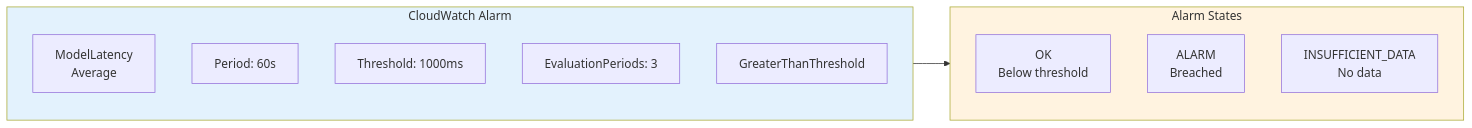
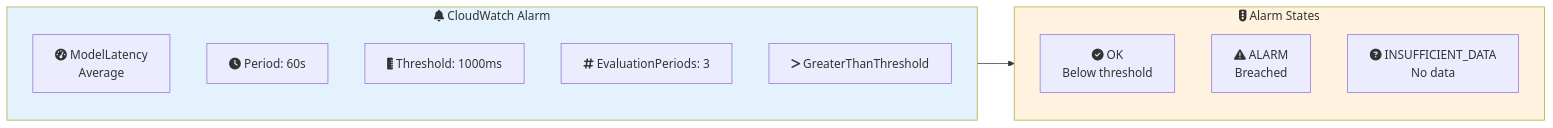
The second of 4 diagrams in aws-ml-associate-prep/16-cloudwatch-alerts/LAB.md (vinu76jsr/aws-sample-projects), drawn with Mermaid before and after one commit. The commit also changed other lines of this file and 15 other files, not shown here.

First line of the commit message:
Add Font Awesome icons to all Mermaid diagrams

````diff
--- a/aws-ml-associate-prep/16-cloudwatch-alerts/LAB.md
+++ b/aws-ml-associate-prep/16-cloudwatch-alerts/LAB.md
@@ -57,21 +57,21 @@
 ```mermaid
 flowchart LR
-    subgraph Alarm["CloudWatch Alarm"]
-        Metric[ModelLatency<br/>Average]
-        Period[Period: 60s]
-        Threshold[Threshold: 1000ms]
-        Eval[EvaluationPeriods: 3]
-        Compare[GreaterThanThreshold]
+    subgraph Alarm["fa:fa-bell CloudWatch Alarm"]
+        Metric[fa:fa-tachometer-alt ModelLatency<br/>Average]
+        Period[fa:fa-clock Period: 60s]
+        Threshold[fa:fa-ruler-vertical Threshold: 1000ms]
+        Eval[fa:fa-hashtag EvaluationPeriods: 3]
+        Compare[fa:fa-greater-than GreaterThanThreshold]
     end
 
-    subgraph States["Alarm States"]
-        OK[OK<br/>Below threshold]
-        ALARM[ALARM<br/>Breached]
-        INSUFFICIENT[INSUFFICIENT_DATA<br/>No data]
+    subgraph States["fa:fa-traffic-light Alarm States"]
+        OK[fa:fa-check-circle OK<br/>Below threshold]
+        ALARM[fa:fa-exclamation-triangle ALARM<br/>Breached]
+        INSUFFICIENT[fa:fa-question-circle INSUFFICIENT_DATA<br/>No data]
     end
 
     Alarm --> States
 
     style Alarm fill:#e3f2fd
     style States fill:#fff3e0
 ```
````
